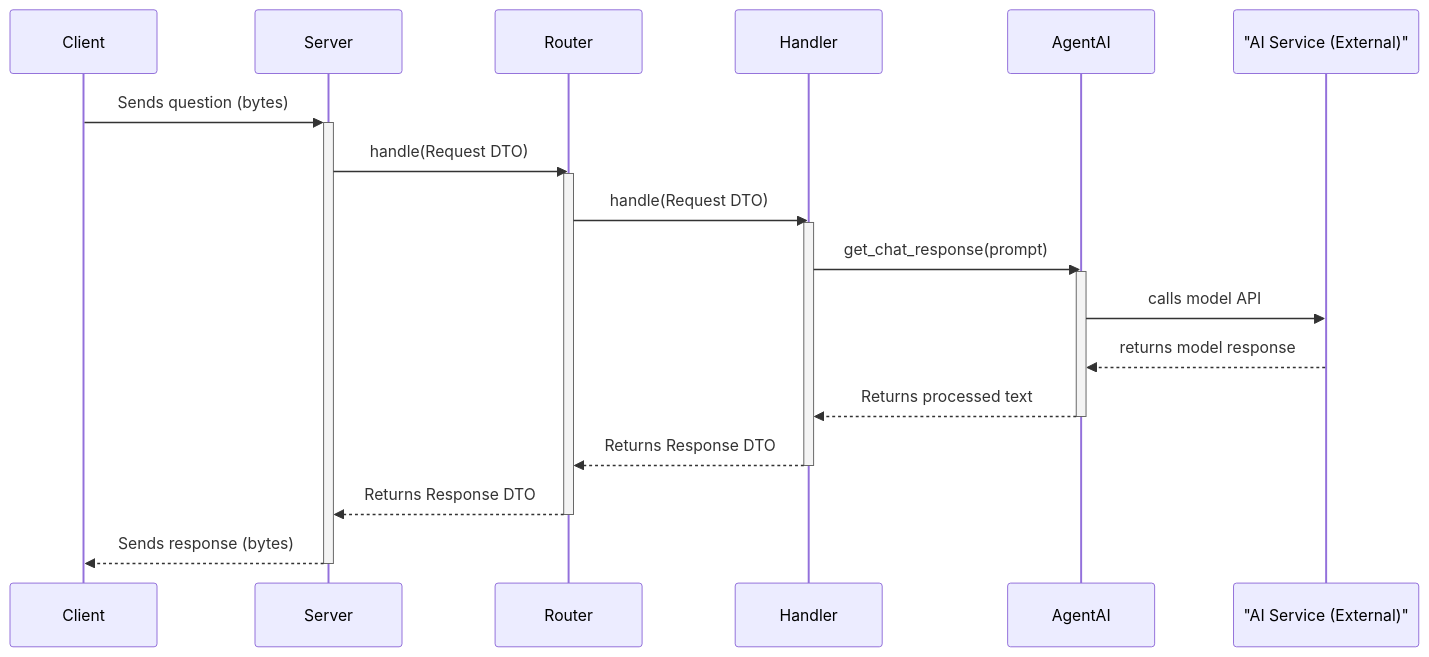
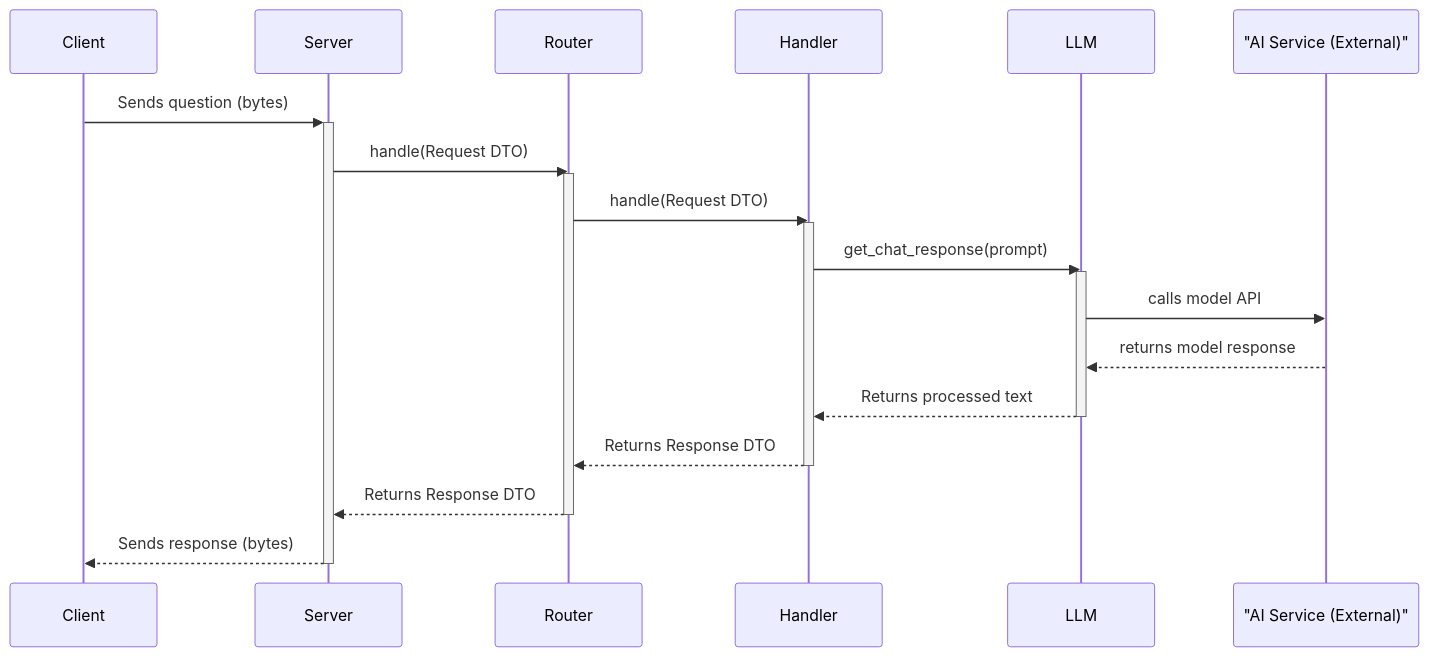
The third of 4 diagrams in docs/architecture.md (Alekyo4/C2S_Challenge), drawn with Mermaid before and after one commit. The commit also changed other lines of this file and 9 other files, not shown here.

````diff
--- a/docs/architecture.md
+++ b/docs/architecture.md
@@ -127,25 +127,25 @@
 ```mermaid
 sequenceDiagram
     participant Client
     participant Server
     participant Router
     participant AIChatHandler as Handler
-    participant AgentAI
+    participant LLM
     participant GenAI as "AI Service (External)"
 
     Client->>+Server: Sends question (bytes)
     Server->>Router: handle(Request DTO)
     activate Router
     Router->>AIChatHandler: handle(Request DTO)
     activate AIChatHandler
-    AIChatHandler->>AgentAI: get_chat_response(prompt)
-    activate AgentAI
-    AgentAI->>GenAI: calls model API
-    GenAI-->>AgentAI: returns model response
-    AgentAI-->>AIChatHandler: Returns processed text
-    deactivate AgentAI
+    AIChatHandler->>LLM: get_chat_response(prompt)
+    activate LLM
+    LLM->>GenAI: calls model API
+    GenAI-->>LLM: returns model response
+    LLM-->>AIChatHandler: Returns processed text
+    deactivate LLM
     AIChatHandler-->>Router: Returns Response DTO
     deactivate AIChatHandler
     Router-->>-Server: Returns Response DTO
     Server-->>-Client: Sends response (bytes)
 ```
````
